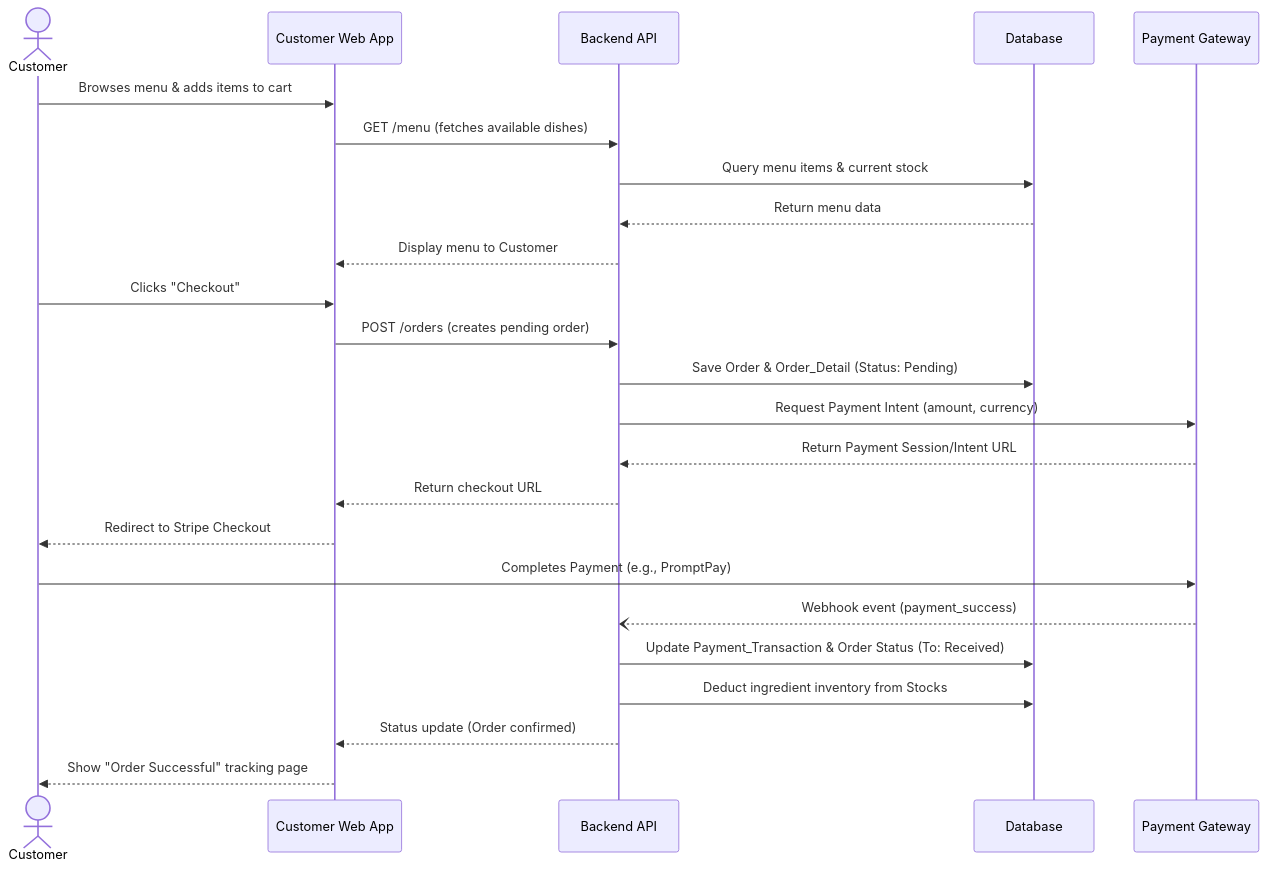
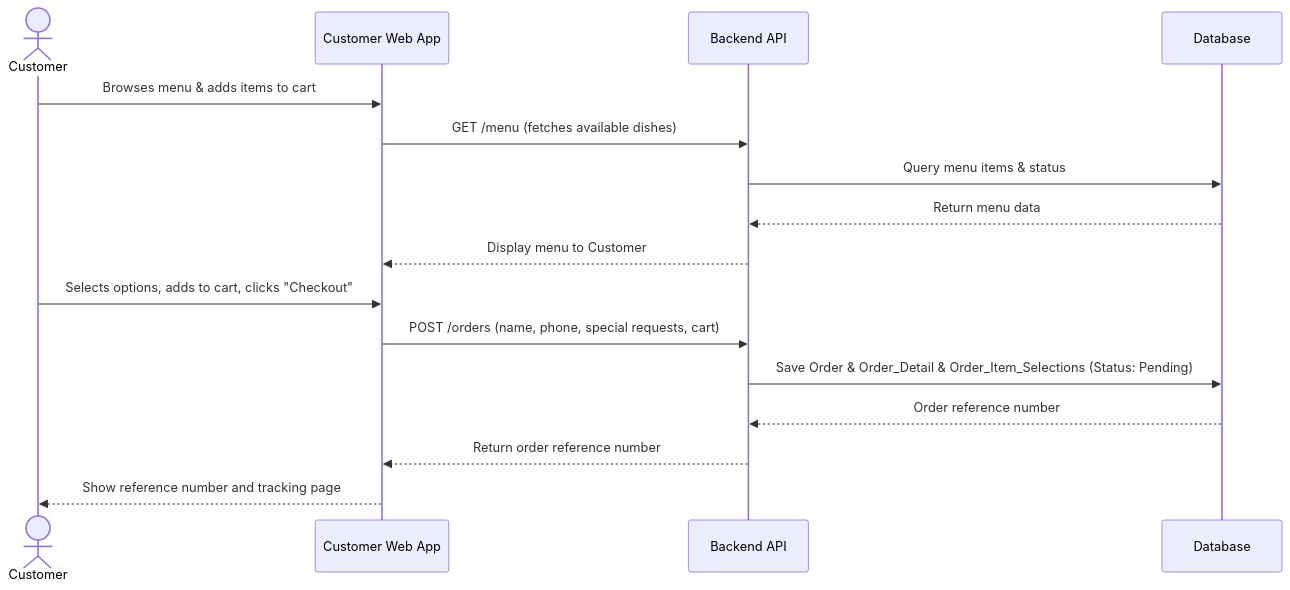
Before and after one commit to sugarcoded-ship-it/city-bite-project: the diagram in docs/architecture/architecture-page-team3.md, drawn with Mermaid. The commit also changed other lines of this file and 5 other files, not shown here.

Commit message:
Issues #None; docs: update product brief, architecture page, ADR 002, known-issues, release-notes and user stories

````diff
--- a/docs/architecture/architecture-page-team3.md
+++ b/docs/architecture/architecture-page-team3.md
@@ -84,30 +96,20 @@
 ```mermaid
 sequenceDiagram
     actor Customer
     participant WebApp as Customer Web App
     participant API as Backend API
     participant DB as Database
-    participant Stripe as Payment Gateway
 
     Customer->>WebApp: Browses menu & adds items to cart
     WebApp->>API: GET /menu (fetches available dishes)
-    API->>DB: Query menu items & current stock
+    API->>DB: Query menu items & status
     DB-->>API: Return menu data
     API-->>WebApp: Display menu to Customer
-    
-    Customer->>WebApp: Clicks "Checkout"
-    WebApp->>API: POST /orders (creates pending order)
-    API->>DB: Save Order & Order_Detail (Status: Pending)
-    API->>Stripe: Request Payment Intent (amount, currency)
-    Stripe-->>API: Return Payment Session/Intent URL
-    API-->>WebApp: Return checkout URL
-    
-    WebApp-->>Customer: Redirect to Stripe Checkout
-    Customer->>Stripe: Completes Payment (e.g., PromptPay)
-    
-    Stripe--)API: Webhook event (payment_success)
-    API->>DB: Update Payment_Transaction & Order Status (To: Received)
-    API->>DB: Deduct ingredient inventory from Stocks
-    API-->>WebApp: Status update (Order confirmed)
-    WebApp-->>Customer: Show "Order Successful" tracking page
+
+    Customer->>WebApp: Selects options, adds to cart, clicks "Checkout"
+    WebApp->>API: POST /orders (name, phone, special requests, cart)
+    API->>DB: Save Order & Order_Detail & Order_Item_Selections (Status: Pending)
+    DB-->>API: Order reference number
+    API-->>WebApp: Return order reference number
+    WebApp-->>Customer: Show reference number and tracking page
 ```
````
